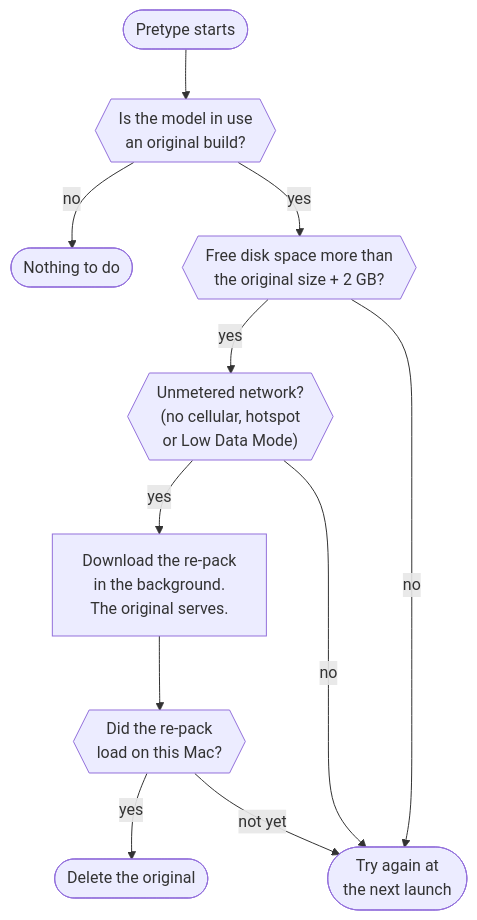
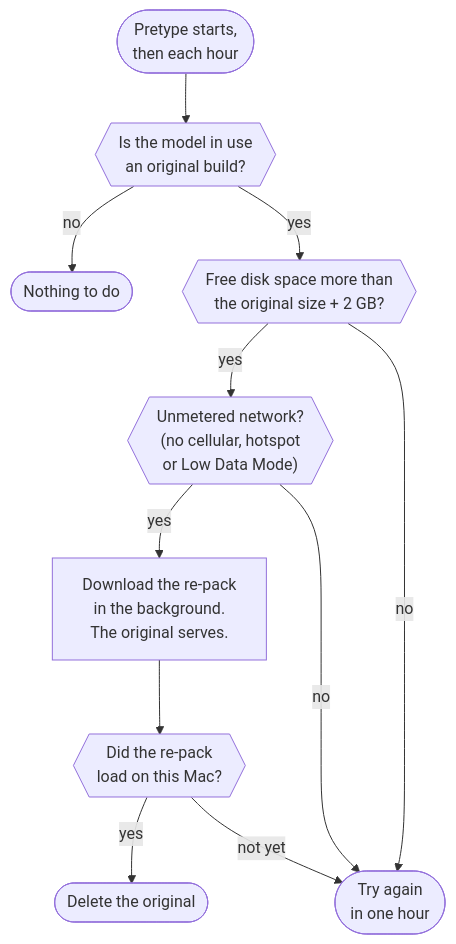
The diagram in docs/diagrams/models-slim-upgrade.mmd (nikiomori/Pretype), drawn with Mermaid before and after one commit. The commit also changed 6 other files, not shown here.

First line of the commit message:
feat(models): hourly model upkeep, with progress in the status line

```diff
--- a/docs/diagrams/models-slim-upgrade.mmd
+++ b/docs/diagrams/models-slim-upgrade.mmd
@@ -1,13 +1,13 @@
 %% How an older install moves to the slim Gemma re-pack (ModelStorage.upgradeToSlim).
-%% Every "no" stops for now; the next launch tries again.
+%% Every "no" stops for now; the next pass (launch, then hourly) tries again.
 flowchart TB
-  launch(["Pretype starts"]) --> old{{"Is the model in use<br/>an original build?"}}
+  launch(["Pretype starts,<br/>then each hour"]) --> old{{"Is the model in use<br/>an original build?"}}
   old -- "no" --> done(["Nothing to do"])
   old -- "yes" --> disk{{"Free disk space more than<br/>the original size + 2 GB?"}}
   disk -- "yes" --> net{{"Unmetered network?<br/>(no cellular, hotspot<br/>or Low Data Mode)"}}
   net -- "yes" --> fetch["Download the re-pack<br/>in the background.<br/>The original serves."]
   fetch --> load{{"Did the re-pack<br/>load on this Mac?"}}
   load -- "yes" --> del(["Delete the original"])
-  disk -- "no" --> later(["Try again at<br/>the next launch"])
+  disk -- "no" --> later(["Try again<br/>in one hour"])
   net -- "no" --> later
   load -- "not yet" --> later
```
